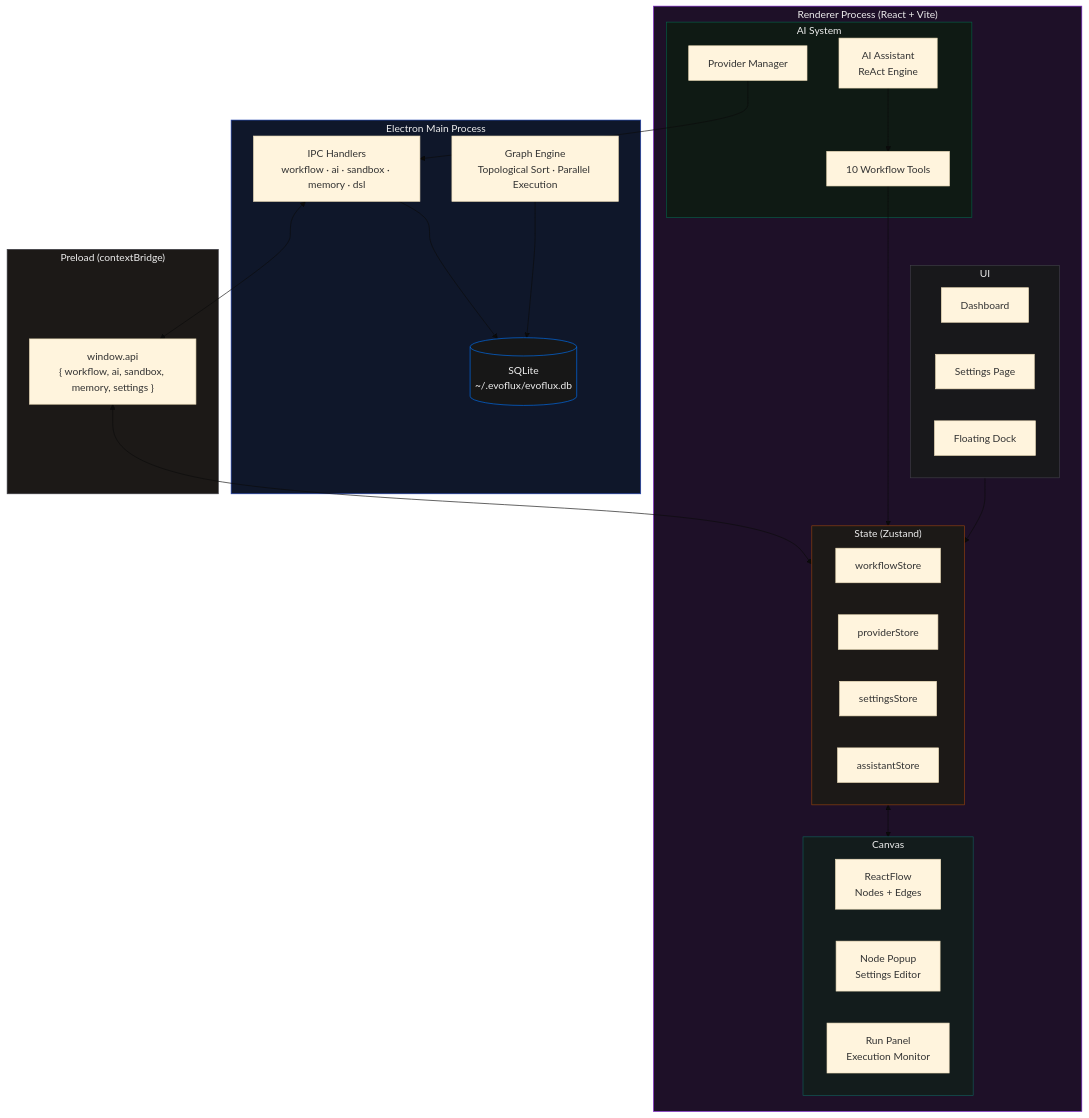
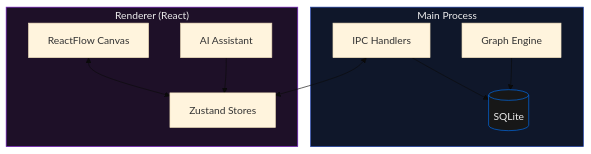
One commit to evoelsewhere/evoflux changed the first of 2 diagrams in README.md. Above: the diagram before and after it, drawn with Mermaid (base theme). The commit also changed other lines of this file, not shown here.

````diff
--- a/README.md
+++ b/README.md
@@ -234,58 +75,18 @@
 ```mermaid
 graph TB
-    subgraph main["Electron Main Process"]
-        ipc["IPC Handlers<br/>workflow · ai · sandbox · memory · dsl"]
-        engine["Graph Engine<br/>Topological Sort · Parallel Execution"]
-        db[("SQLite<br/>~/.evoflux/evoflux.db")]
+    subgraph main["Main Process"]
+        ipc["IPC Handlers"] --> db[("SQLite")]
+        engine["Graph Engine"] --> db
     end
-
-    subgraph preload["Preload (contextBridge)"]
-        bridge["window.api<br/>{ workflow, ai, sandbox, memory, settings }"]
+    subgraph renderer["Renderer (React)"]
+        canvas["ReactFlow Canvas"]
+        assistant["AI Assistant"]
+        stores["Zustand Stores"]
+        canvas <--> stores
+        assistant --> stores
     end
-
-    subgraph renderer["Renderer Process (React + Vite)"]
-        subgraph canvas["Canvas"]
-            rf["ReactFlow<br/>Nodes + Edges"]
-            popup["Node Popup<br/>Settings Editor"]
-            run["Run Panel<br/>Execution Monitor"]
-        end
-
-        subgraph ai["AI System"]
-            assistant["AI Assistant<br/>ReAct Engine"]
-            tools["10 Workflow Tools"]
-            providers["Provider Manager"]
-        end
-
-        subgraph stores["State (Zustand)"]
-            ws["workflowStore"]
-            ps["providerStore"]
-            ss["settingsStore"]
-            as["assistantStore"]
-        end
-
-        subgraph ui["UI"]
-            dash["Dashboard"]
-            settings["Settings Page"]
-            dock["Floating Dock"]
-        end
-    end
-
-    ipc --> db
-    engine --> db
-    ipc <--> bridge
-    bridge <--> stores
-    stores <--> canvas
-    assistant --> tools
-    tools --> stores
-    providers --> ipc
-    ui --> stores
-
+    ipc <--> stores
     style main fill:#0f172a,stroke:#1e40af,color:#ededed
-    style preload fill:#1c1917,stroke:#3f3f46,color:#ededed
     style renderer fill:#1e1028,stroke:#7e22ce,color:#ededed
-    style canvas fill:#131c1c,stroke:#115e59,color:#ededed
-    style ai fill:#0f1a14,stroke:#065f46,color:#ededed
-    style stores fill:#1c1917,stroke:#92400e,color:#ededed
-    style ui fill:#18181b,stroke:#3f3f46,color:#ededed
     style db fill:#171717,stroke:#0070f3,color:#ededed
 ```
````
